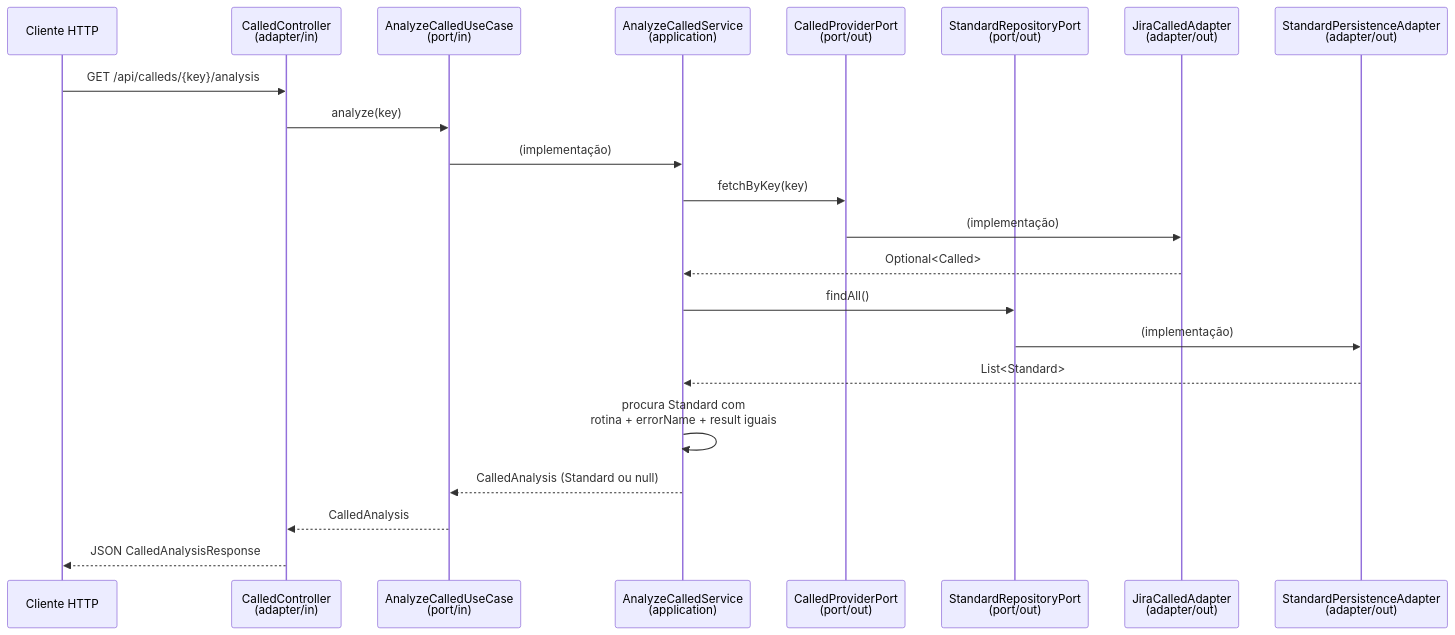
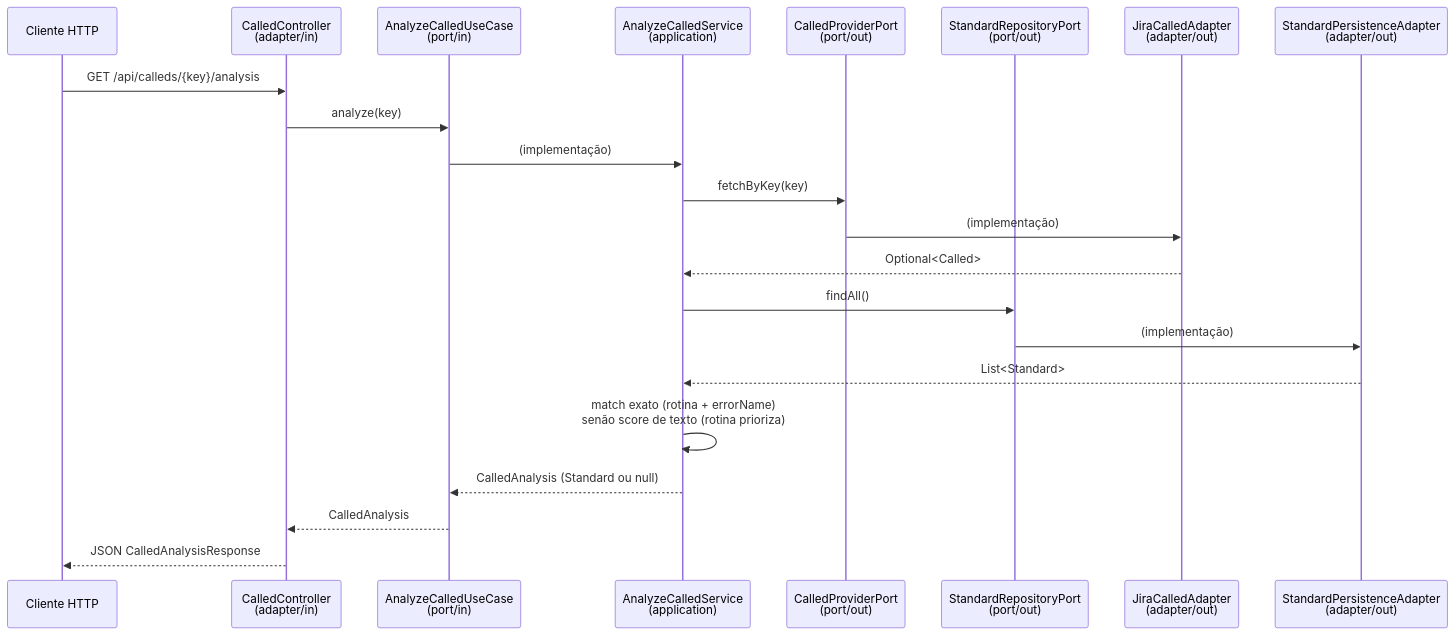
Before and after one commit to fkauanGIT/knowledgeSupport-api: the third of 3 diagrams in docs/ARCHITECTURE.md, drawn with Mermaid. The commit also changed other lines of this file and 15 other files, not shown here.

First line of the commit message:
feat: matching por containment score com tolerancia a typo (fases 1.1-1.3)

````diff
--- a/docs/ARCHITECTURE.md
+++ b/docs/ARCHITECTURE.md
@@ -152,25 +152,25 @@
 ```mermaid
 sequenceDiagram
     participant C as Cliente HTTP
     participant CC as CalledController<br/>(adapter/in)
     participant UC as AnalyzeCalledUseCase<br/>(port/in)
     participant AS as AnalyzeCalledService<br/>(application)
     participant CP as CalledProviderPort<br/>(port/out)
     participant RP as StandardRepositoryPort<br/>(port/out)
     participant JA as JiraCalledAdapter<br/>(adapter/out)
     participant PA as StandardPersistenceAdapter<br/>(adapter/out)
 
     C->>CC: GET /api/calleds/{key}/analysis
     CC->>UC: analyze(key)
     UC->>AS: (implementação)
     AS->>CP: fetchByKey(key)
     CP->>JA: (implementação)
     JA-->>AS: Optional<Called>
     AS->>RP: findAll()
     RP->>PA: (implementação)
     PA-->>AS: List<Standard>
-    AS->>AS: procura Standard com<br/>rotina + errorName + result iguais
+    AS->>AS: match exato (rotina + errorName)<br/>senão score de texto (rotina prioriza)
     AS-->>UC: CalledAnalysis (Standard ou null)
     UC-->>CC: CalledAnalysis
     CC-->>C: JSON CalledAnalysisResponse
 ```
````
